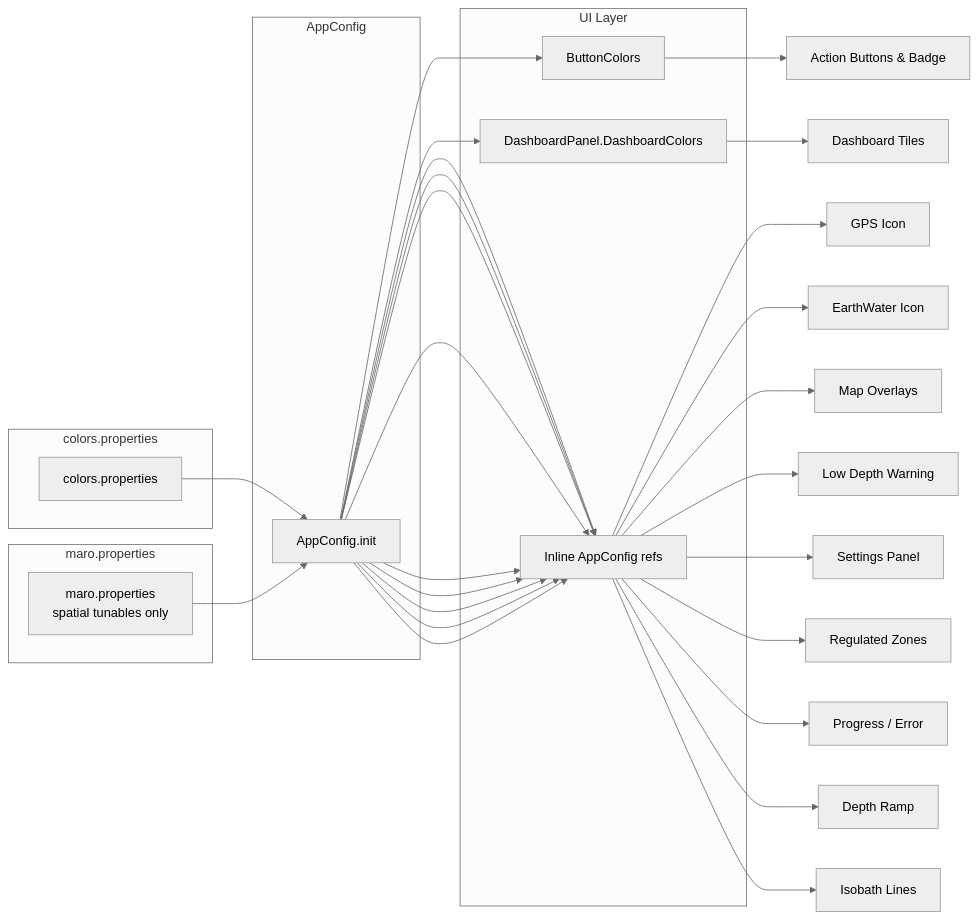
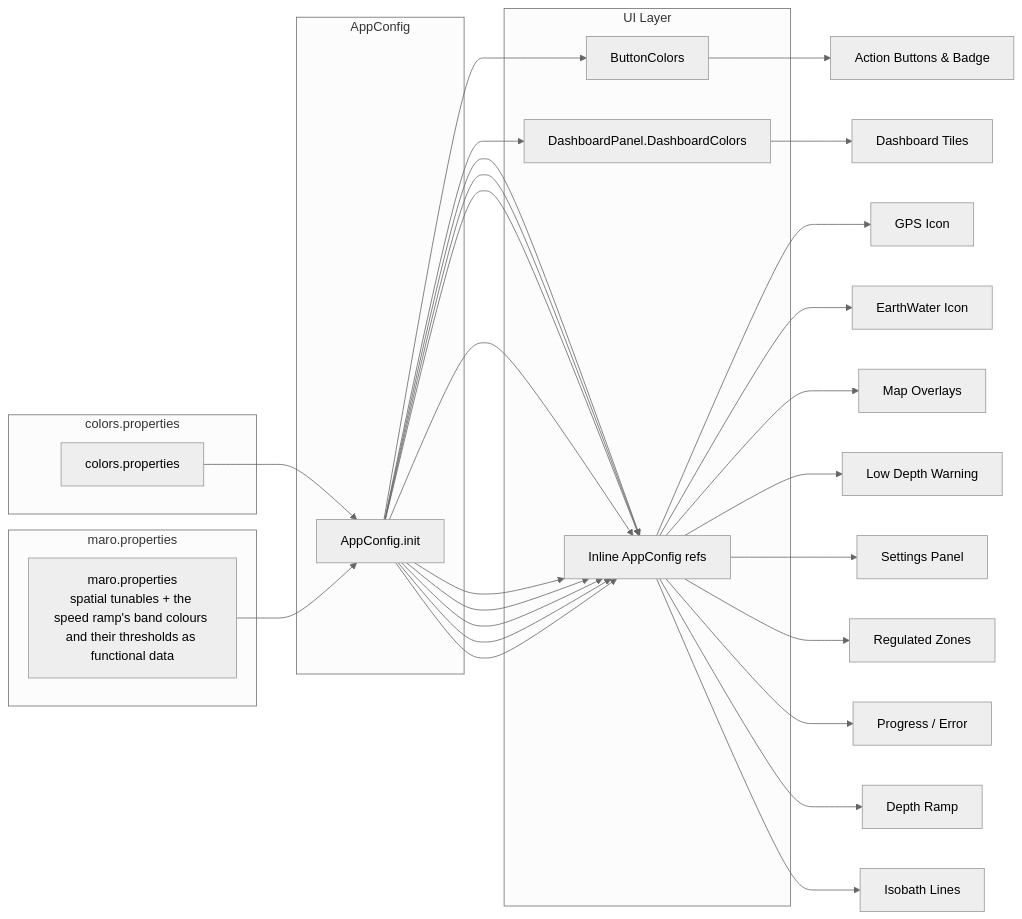
Before and after one commit to Acrimonis/Maro-II: the diagram in docs/color-scheme.md, drawn with Mermaid (neutral theme). The commit also changed other lines of this file and 175 other files, not shown here.

````diff
--- a/docs/color-scheme.md
+++ b/docs/color-scheme.md
@@ -348,31 +394,31 @@
 ```mermaid
 flowchart LR
     subgraph colors.properties
         CP[colors.properties]
     end
     subgraph maro.properties
-        MP[maro.properties<br/>spatial tunables only]
+        MP[maro.properties<br/>spatial tunables + the speed ramp's band colours and their thresholds as functional data]
     end
     subgraph AppConfig
         ZC[AppConfig.init]
     end
     subgraph UI Layer
         BC[ButtonColors]
         DC[DashboardPanel.DashboardColors]
         IC[Inline AppConfig refs]
     end
 
     CP --> ZC
     MP --> ZC
     ZC --> BC --> AB[Action Buttons & Badge]
     ZC --> DC --> DT[Dashboard Tiles]
     ZC --> IC --> GI[GPS Icon]
     ZC --> IC --> EI[EarthWater Icon]
     ZC --> IC --> MO[Map Overlays]
     ZC --> IC --> LW[Low Depth Warning]
     ZC --> IC --> SP[Settings Panel]
     ZC --> IC --> RZ[Regulated Zones]
     ZC --> IC --> PE[Progress / Error]
     ZC --> IC --> DR[Depth Ramp]
     ZC --> IC --> IB[Isobath Lines]
 ```
````
